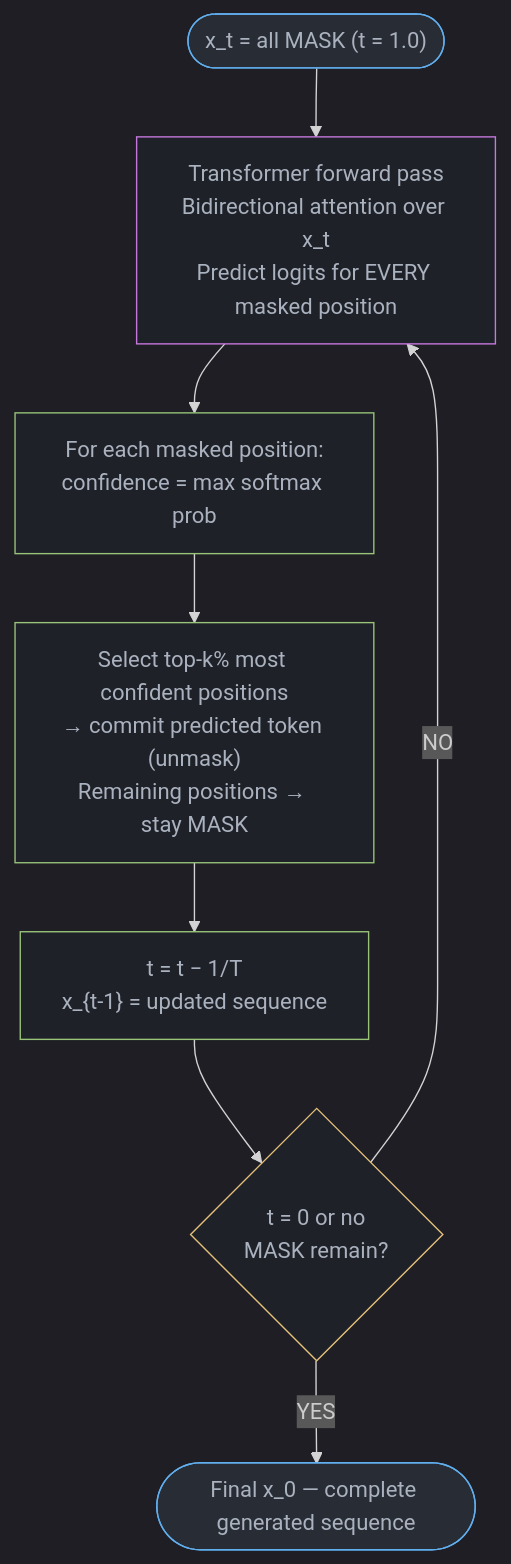
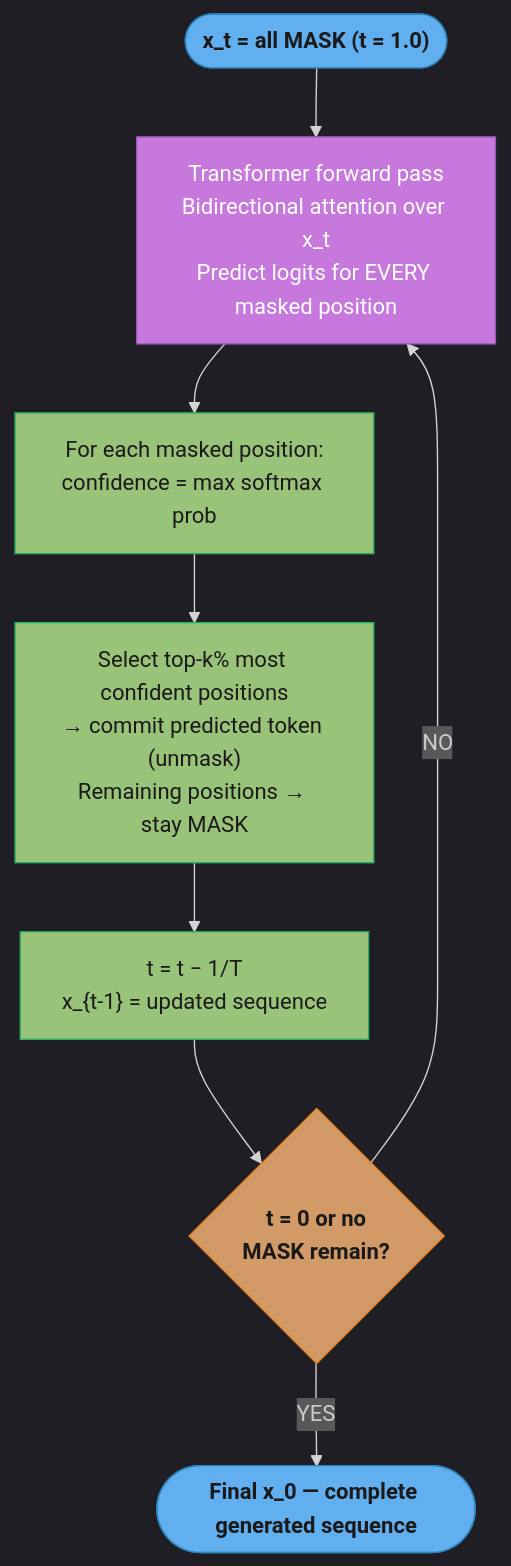
Before and after one commit to rppol/system-design: the diagram in src/main/java/com/rutik/systemdesign/llm/diffusion_language_models/README.md, drawn with Mermaid. The commit also changed 88 other files, not shown here.

````diff
--- a/src/main/java/com/rutik/systemdesign/llm/diffusion_language_models/README.md
+++ b/src/main/java/com/rutik/systemdesign/llm/diffusion_language_models/README.md
@@ -235,21 +235,24 @@
 ```mermaid
 %%{init: {'flowchart': {'curve': 'basis'}, 'theme': 'dark'}}%%
 flowchart TD
+    classDef io      fill:#61afef,stroke:#2e86c1,color:#1a1a1a,font-weight:bold
+    classDef frozen  fill:#c678dd,stroke:#9b59b6,color:#fff
+    classDef train   fill:#98c379,stroke:#27ae60,color:#1a1a1a
+    classDef mathOp  fill:#d19a66,stroke:#e67e22,color:#1a1a1a,font-weight:bold
+    classDef lossN   fill:#e06c75,stroke:#c0392b,color:#fff,font-weight:bold
+    classDef req     fill:#56b6c2,stroke:#0097a7,color:#1a1a1a
+    classDef base    fill:#e5c07b,stroke:#f39c12,color:#1a1a1a
+
     Init(["x_t = all MASK  (t = 1.0)"]) --> Fwd
     Fwd["Transformer forward pass\nBidirectional attention over x_t\nPredict logits for EVERY masked position"] --> Conf
     Conf["For each masked position:\nconfidence = max softmax prob"] --> Select
     Select["Select top-k% most confident positions\n→ commit predicted token (unmask)\nRemaining positions → stay MASK"] --> Update
     Update["t = t − 1/T\nx_{t-1} = updated sequence"] --> Done{"t = 0 or no\nMASK remain?"}
     Done -- NO --> Fwd
     Done -- YES --> Final(["Final x_0 — complete generated sequence"])
 
-    classDef io     fill:#282c34,stroke:#61afef,color:#abb2bf
-    classDef proc   fill:#1e2127,stroke:#98c379,color:#abb2bf
-    classDef llm    fill:#1e2127,stroke:#c678dd,color:#abb2bf
-    classDef decide fill:#1e2127,stroke:#e5c07b,color:#abb2bf
-
     class Init,Final io
-    class Fwd llm
-    class Conf,Select,Update proc
-    class Done decide
+    class Fwd frozen
+    class Conf,Select,Update train
+    class Done mathOp
 ```
````
